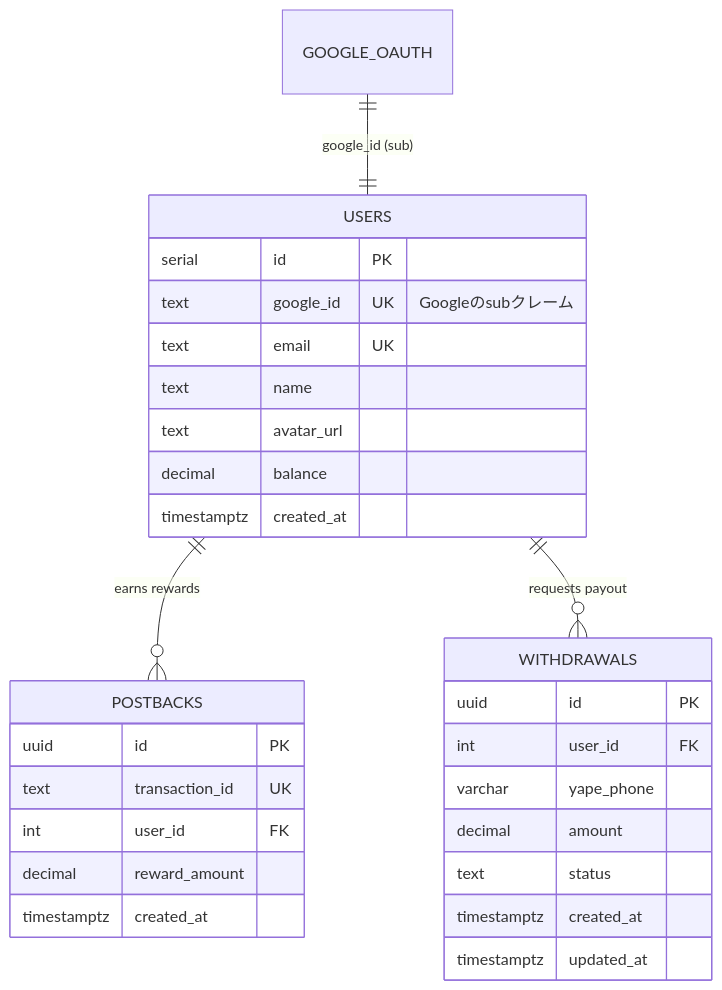
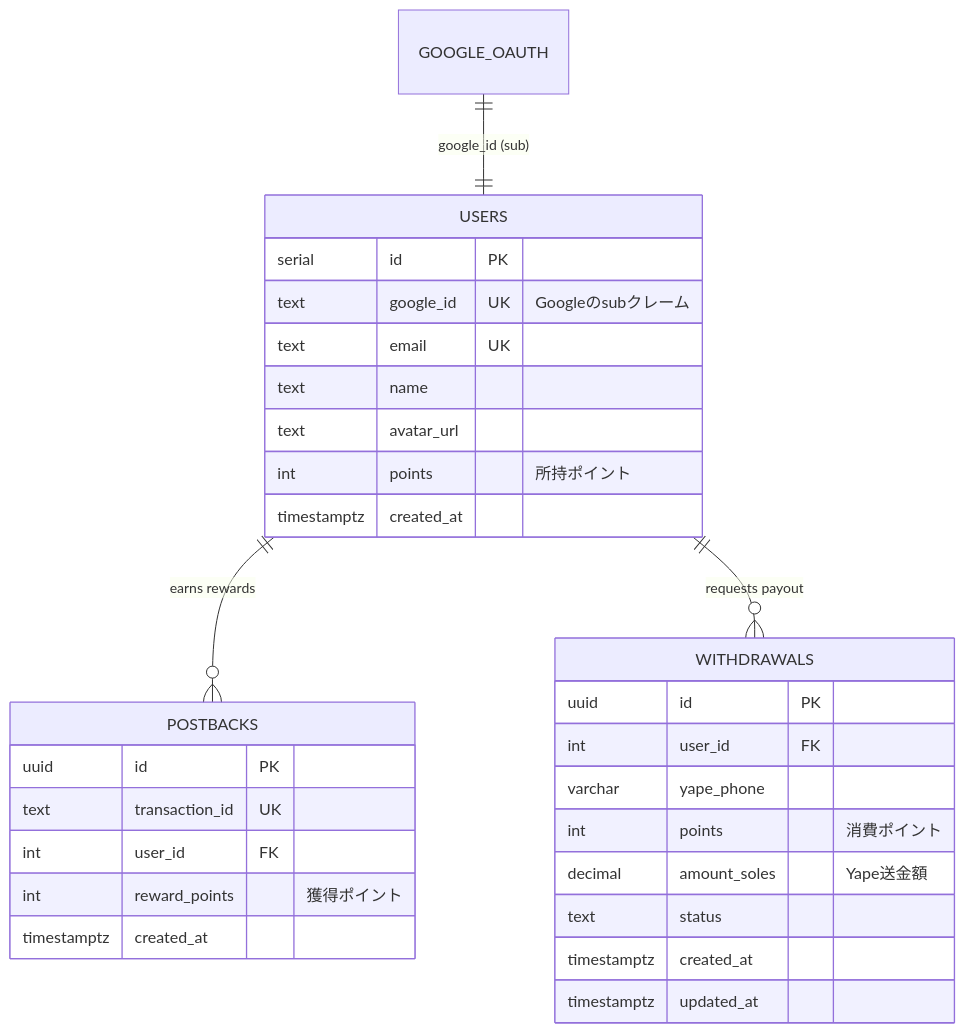
One commit to kervint1/Rewardo changed the diagram in docs/requirements/03-data-model.md. Above: the diagram before and after it, drawn with Mermaid. The commit also changed other lines of this file and 20 other files, not shown here.

````diff
--- a/docs/requirements/03-data-model.md
+++ b/docs/requirements/03-data-model.md
@@ -15,34 +17,35 @@
 ```mermaid
 erDiagram
     GOOGLE_OAUTH ||--|| USERS : "google_id (sub)"
     USERS ||--o{ POSTBACKS : "earns rewards"
     USERS ||--o{ WITHDRAWALS : "requests payout"
 
     USERS {
         serial id PK
         text google_id UK "Googleのsubクレーム"
         text email UK
         text name
         text avatar_url
-        decimal balance
+        int points "所持ポイント"
         timestamptz created_at
     }
 
     POSTBACKS {
         uuid id PK
         text transaction_id UK
         int user_id FK
-        decimal reward_amount
+        int reward_points "獲得ポイント"
         timestamptz created_at
     }
 
     WITHDRAWALS {
         uuid id PK
         int user_id FK
         varchar yape_phone
-        decimal amount
+        int points "消費ポイント"
+        decimal amount_soles "Yape送金額"
         text status
         timestamptz created_at
         timestamptz updated_at
     }
 ```
````
